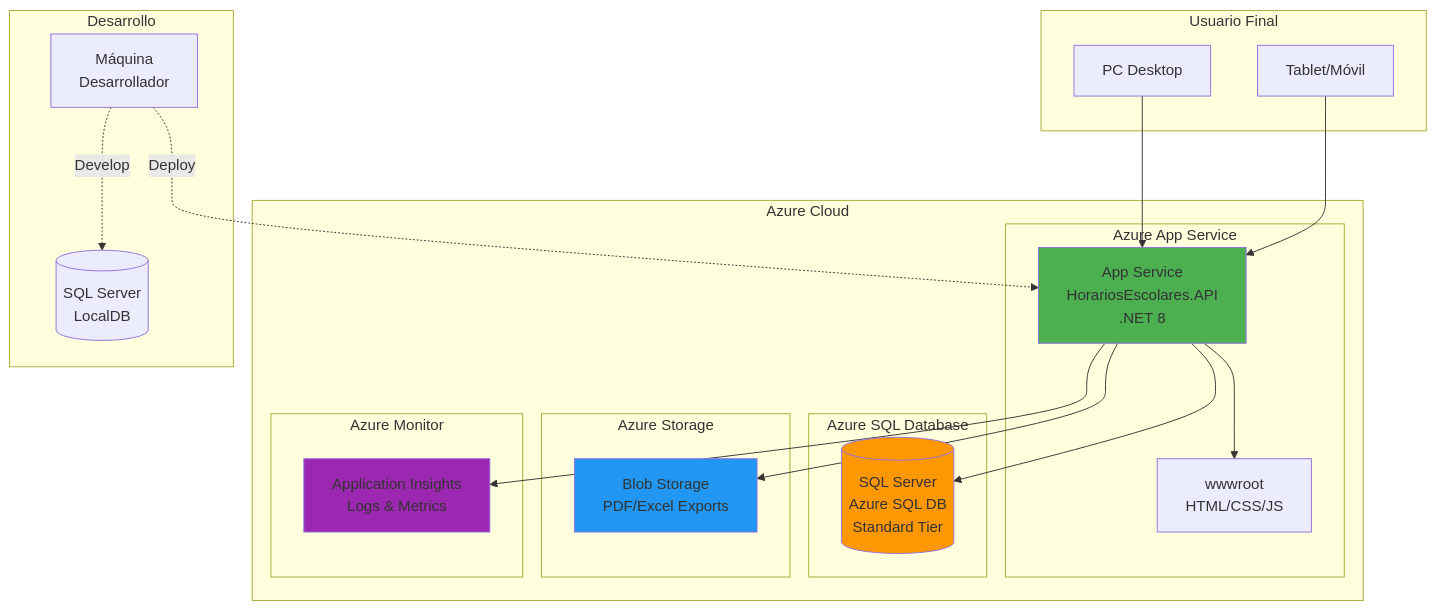
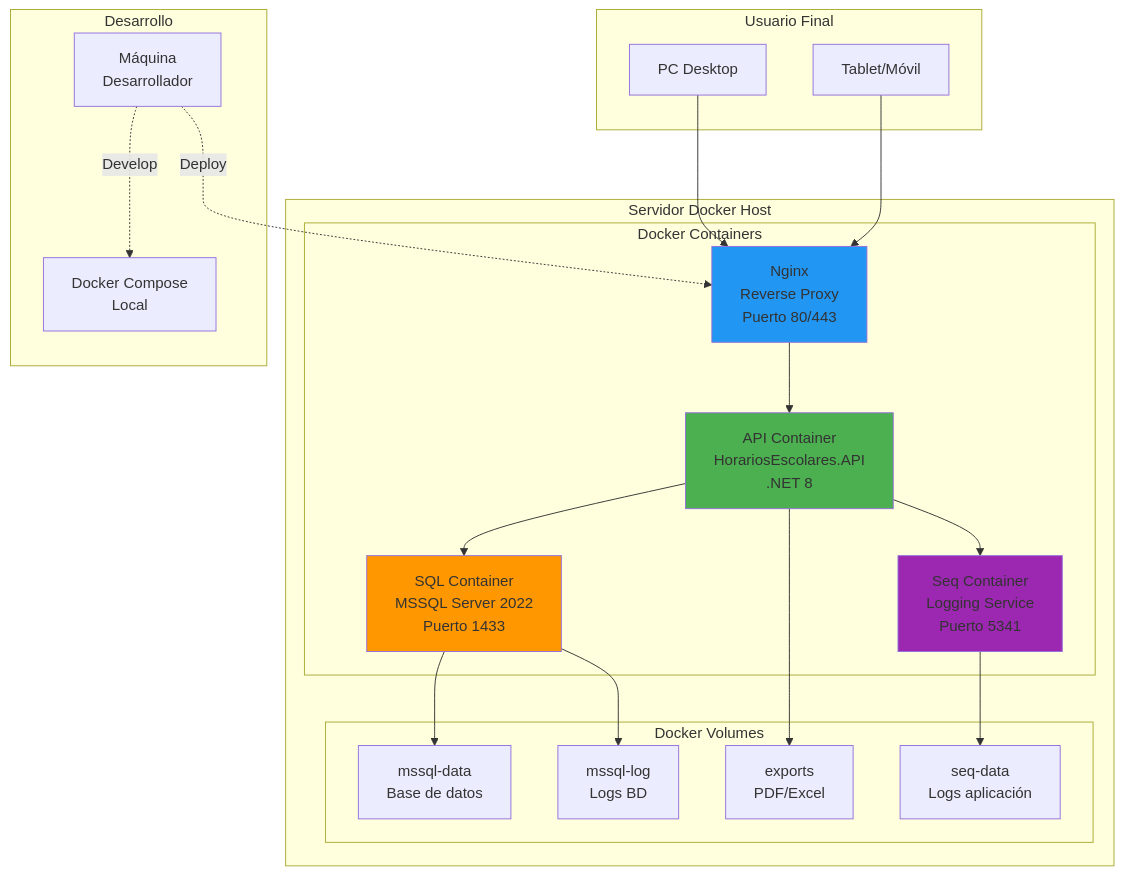
One commit to lhalha01/gestion_horarios changed diagram 12 of 12 in SRS-Horarios.md. Above: the diagram before and after it, drawn with Mermaid. The commit also changed other lines of this file, not shown here.

Commit message:
Actualizar especificaciones: migrar de Azure SQL a MSSQL Server en Docker

````diff
--- a/SRS-Horarios.md
+++ b/SRS-Horarios.md
@@ -2121,47 +2189,48 @@
 ```mermaid
 graph TB
     subgraph "Usuario Final"
         Desktop[PC Desktop]
         Mobile[Tablet/Móvil]
     end
     
-    subgraph "Azure Cloud"
-        subgraph "Azure App Service"
-            WebApp[App Service<br/>HorariosEscolares.API<br/>.NET 8]
-            StaticFiles[wwwroot<br/>HTML/CSS/JS]
+    subgraph "Servidor Docker Host"
+        subgraph "Docker Containers"
+            Nginx[Nginx<br/>Reverse Proxy<br/>Puerto 80/443]
+            APIContainer[API Container<br/>HorariosEscolares.API<br/>.NET 8]
+            SQLContainer[SQL Container<br/>MSSQL Server 2022<br/>Puerto 1433]
+            SeqContainer[Seq Container<br/>Logging Service<br/>Puerto 5341]
         end
         
-        subgraph "Azure SQL Database"
-            SQLServer[(SQL Server<br/>Azure SQL DB<br/>Standard Tier)]
-        end
-        
-        subgraph "Azure Storage"
-            BlobStorage[Blob Storage<br/>PDF/Excel Exports]
-        end
-        
-        subgraph "Azure Monitor"
-            AppInsights[Application Insights<br/>Logs & Metrics]
+        subgraph "Docker Volumes"
+            DataVolume[mssql-data<br/>Base de datos]
+            LogVolume[mssql-log<br/>Logs BD]
+            ExportVolume[exports<br/>PDF/Excel]
+            SeqVolume[seq-data<br/>Logs aplicación]
         end
     end
     
     subgraph "Desarrollo"
         DevMachine[Máquina<br/>Desarrollador]
-        LocalSQL[(SQL Server<br/>LocalDB)]
+        LocalDocker[Docker Compose<br/>Local]
     end
     
-    Desktop --> WebApp
-    Mobile --> WebApp
+    Desktop --> Nginx
+    Mobile --> Nginx
     
-    WebApp --> StaticFiles
-    WebApp --> SQLServer
-    WebApp --> BlobStorage
-    WebApp --> AppInsights
+    Nginx --> APIContainer
+    APIContainer --> SQLContainer
+    APIContainer --> ExportVolume
+    APIContainer --> SeqContainer
     
-    DevMachine -.Deploy.-> WebApp
-    DevMachine -.Develop.-> LocalSQL
+    SQLContainer --> DataVolume
+    SQLContainer --> LogVolume
+    SeqContainer --> SeqVolume
     
-    style WebApp fill:#4caf50
-    style SQLServer fill:#ff9800
-    style BlobStorage fill:#2196f3
-    style AppInsights fill:#9c27b0
+    DevMachine -.Deploy.-> Nginx
+    DevMachine -.Develop.-> LocalDocker
+    
+    style APIContainer fill:#4caf50
+    style SQLContainer fill:#ff9800
+    style Nginx fill:#2196f3
+    style SeqContainer fill:#9c27b0
 ```
````
